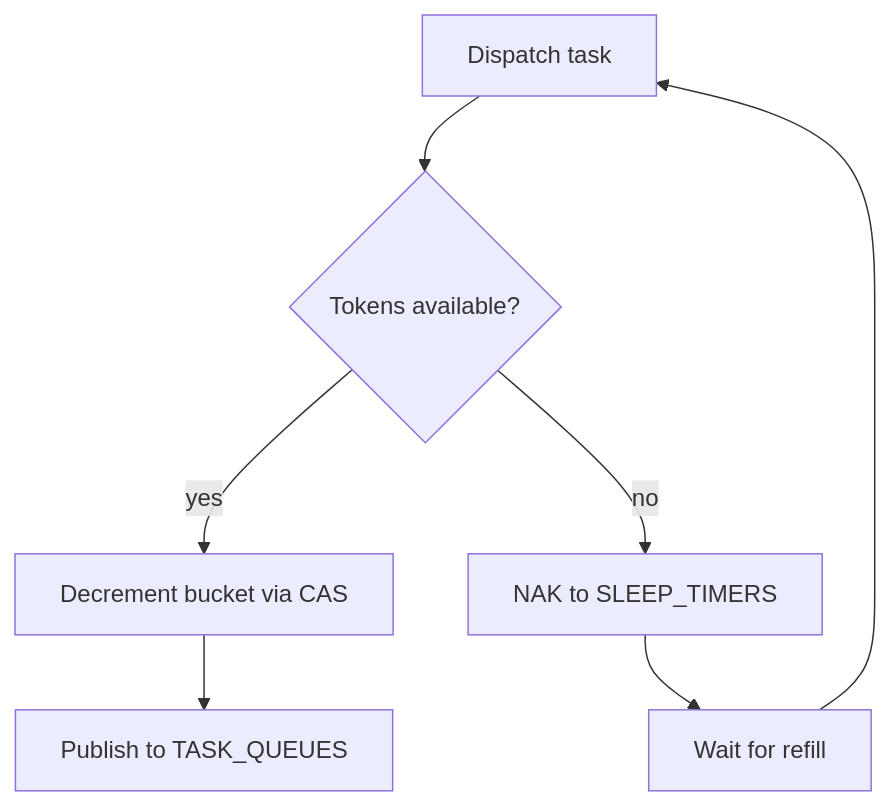
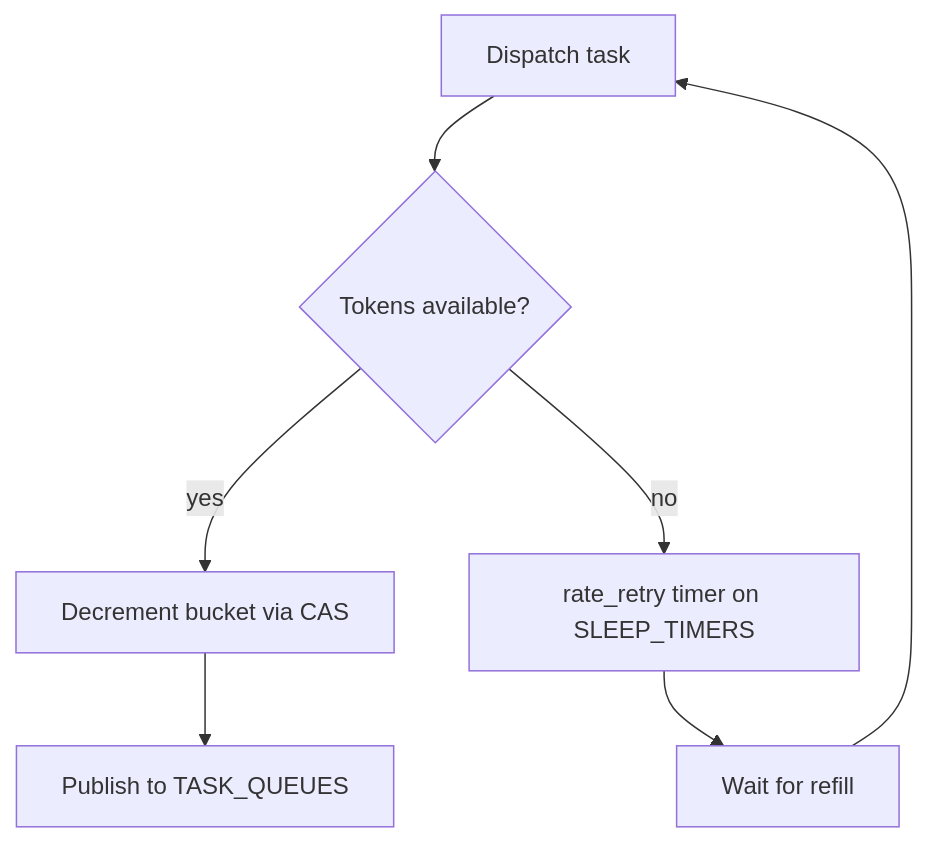
One commit to danmestas/dagnats changed the diagram in docs/site/content/docs/flow-control/rate-limiting.md. Above: the diagram before and after it, drawn with Mermaid. The commit also changed other lines of this file and 27 other files, not shown here.

````diff
--- a/docs/site/content/docs/flow-control/rate-limiting.md
+++ b/docs/site/content/docs/flow-control/rate-limiting.md
@@ -69,7 +69,7 @@
 ```mermaid
 flowchart TD
     DISPATCH[Dispatch task] --> CHECK{Tokens available?}
     CHECK -->|yes| DEC[Decrement bucket via CAS] --> PUBLISH[Publish to TASK_QUEUES]
-    CHECK -->|no| NAK[NAK to SLEEP_TIMERS] --> WAIT[Wait for refill]
+    CHECK -->|no| NAK[rate_retry timer on SLEEP_TIMERS] --> WAIT[Wait for refill]
     WAIT --> DISPATCH
 ```
````
